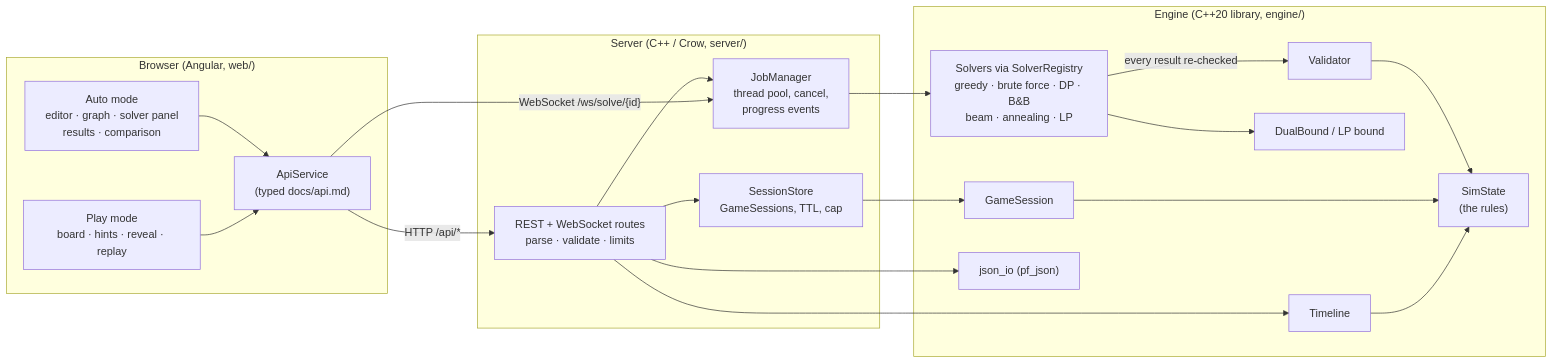
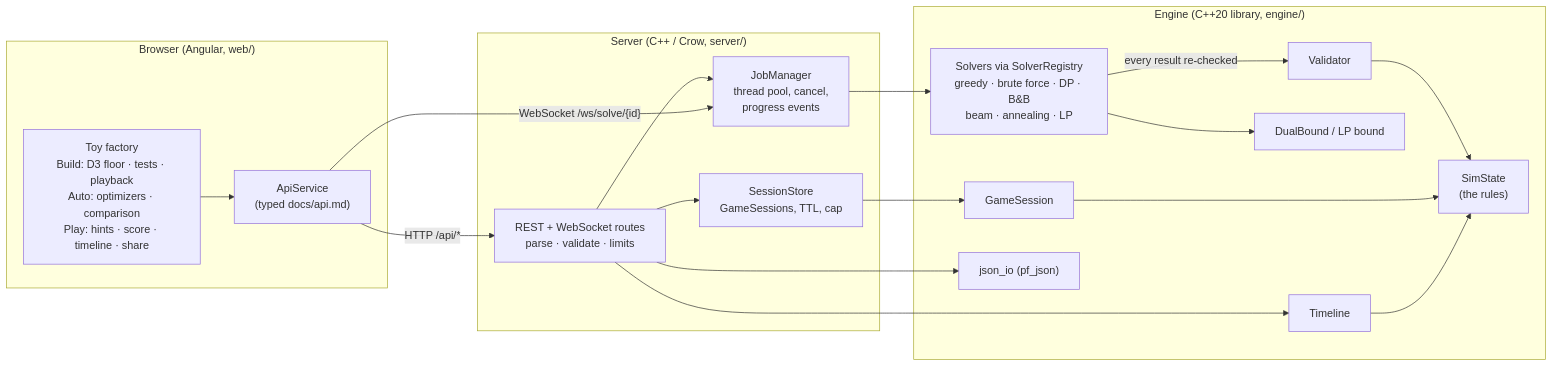
One commit to XuanGiaHanNguyen/ProcessEngine changed the first of 4 diagrams in docs/architecture.md. Above: the diagram before and after it, drawn with Mermaid. The commit also changed other lines of this file and 79 other files, not shown here.

First line of the commit message:
F9: Bigger factory, curved belts in their own lanes, Auto and Play inside the factory

````diff
--- a/docs/architecture.md
+++ b/docs/architecture.md
@@ -6,40 +6,38 @@
 ```mermaid
 flowchart LR
   subgraph Browser["Browser (Angular, web/)"]
-    Auto["Auto mode<br/>editor · graph · solver panel<br/>results · comparison"]
-    Play["Play mode<br/>board · hints · reveal · replay"]
+    Factory["Toy factory<br/>Build: D3 floor · tests · playback<br/>Auto: optimizers · comparison<br/>Play: hints · score · timeline · share"]
     Api["ApiService<br/>(typed docs/api.md)"]
-    Auto --> Api
-    Play --> Api
+    Factory --> Api
   end
 
   subgraph Server["Server (C++ / Crow, server/)"]
     Routes["REST + WebSocket routes<br/>parse · validate · limits"]
     Jobs["JobManager<br/>thread pool, cancel,<br/>progress events"]
     Sessions["SessionStore<br/>GameSessions, TTL, cap"]
     Routes --> Jobs
     Routes --> Sessions
   end
 
   subgraph Engine["Engine (C++20 library, engine/)"]
     Rules["SimState<br/>(the rules)"]
     Validator["Validator"]
     Game["GameSession"]
     Solvers["Solvers via SolverRegistry<br/>greedy · brute force · DP · B&B<br/>beam · annealing · LP"]
     Bound["DualBound / LP bound"]
     Timeline["Timeline"]
     JsonIO["json_io (pf_json)"]
     Validator --> Rules
     Game --> Rules
     Timeline --> Rules
     Solvers -->|"every result re-checked"| Validator
     Solvers --> Bound
   end
 
   Api -- "HTTP /api/*" --> Routes
   Api -- "WebSocket /ws/solve/{id}" --> Jobs
   Jobs --> Solvers
   Sessions --> Game
   Routes --> Timeline
   Routes --> JsonIO
 ```
````
